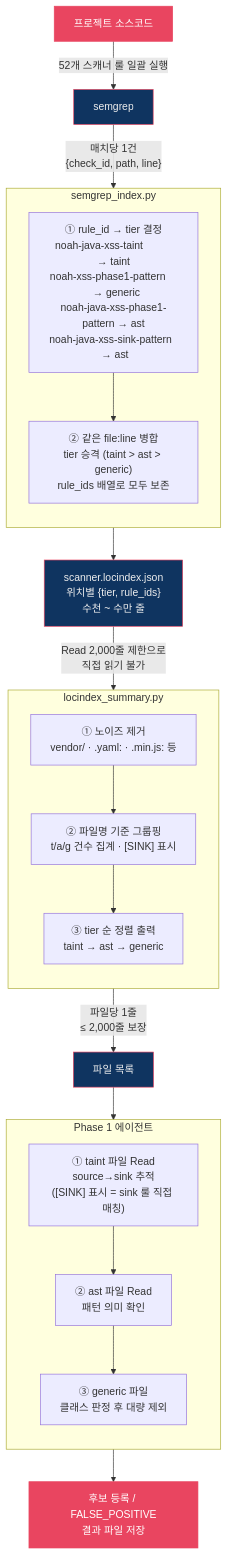
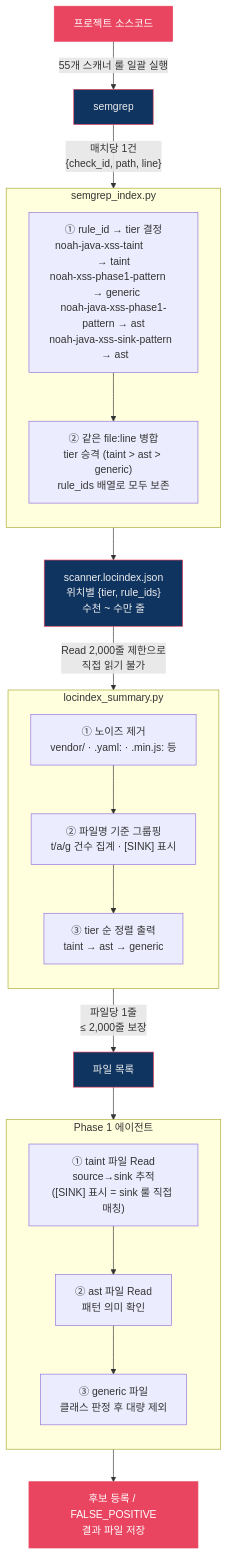
One commit to nomarlhack/noah-claude-plugin changed the second of 2 diagrams in README.md. Above: the diagram before and after it, drawn with Mermaid. The commit also changed other lines of this file and 18 other files, not shown here.

````diff
--- a/README.md
+++ b/README.md
@@ -119,45 +119,45 @@
 ```mermaid
 flowchart TD
     SRC["프로젝트 소스코드"]
-    SRC -->|"52개 스캐너 룰 일괄 실행"| SEMGREP["semgrep"]
+    SRC -->|"55개 스캐너 룰 일괄 실행"| SEMGREP["semgrep"]
     SEMGREP -->|"매치당 1건\n{check_id, path, line}"| IDX
 
     subgraph IDX ["semgrep_index.py"]
         direction TB
         A1["① rule_id → tier 결정\nnoah-java-xss-taint          → taint\nnoah-xss-phase1-pattern      → generic\nnoah-java-xss-phase1-pattern → ast\nnoah-java-xss-sink-pattern   → ast"]
         A2["② 같은 file:line 병합\ntier 승격 (taint > ast > generic)\nrule_ids 배열로 모두 보존"]
         A1 --> A2
     end
 
     IDX --> LOC["scanner.locindex.json\n위치별 {tier, rule_ids}\n수천 ~ 수만 줄"]
 
     LOC -->|"Read 2,000줄 제한으로\n직접 읽기 불가"| SUM
 
     subgraph SUM ["locindex_summary.py"]
         direction TB
         B1["① 노이즈 제거\nvendor/ · .yaml: · .min.js: 등"]
         B2["② 파일명 기준 그룹핑\nt/a/g 건수 집계 · [SINK] 표시"]
         B3["③ tier 순 정렬 출력\ntaint → ast → generic"]
         B1 --> B2 --> B3
     end
 
     SUM -->|"파일당 1줄\n≤ 2,000줄 보장"| LIST["파일 목록"]
 
     LIST --> P1["Phase 1 에이전트"]
 
     subgraph P1 ["Phase 1 에이전트"]
         direction TB
         C1["① taint 파일 Read\nsource→sink 추적\n([SINK] 표시 = sink 룰 직접 매칭)"]
         C2["② ast 파일 Read\n패턴 의미 확인"]
         C3["③ generic 파일\n클래스 판정 후 대량 제외"]
         C1 --> C2 --> C3
     end
 
     P1 --> OUT["후보 등록 / FALSE_POSITIVE\n결과 파일 저장"]
 
     style SRC fill:#e94560,stroke:#e94560,color:#fff
     style SEMGREP fill:#0f3460,stroke:#e94560,color:#eee
     style LOC fill:#0f3460,stroke:#e94560,color:#eee
     style LIST fill:#0f3460,stroke:#e94560,color:#eee
     style OUT fill:#e94560,stroke:#e94560,color:#fff
 ```
````
